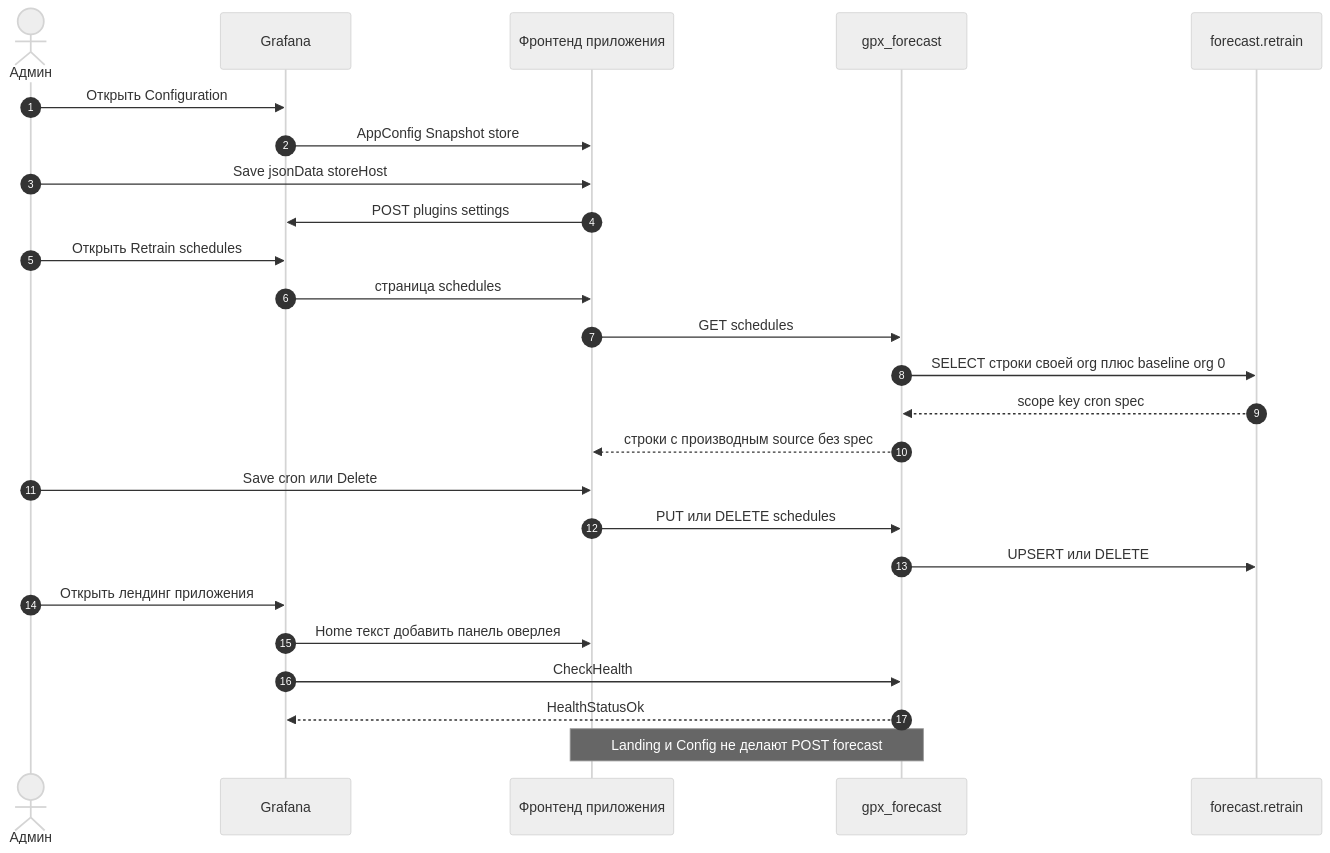
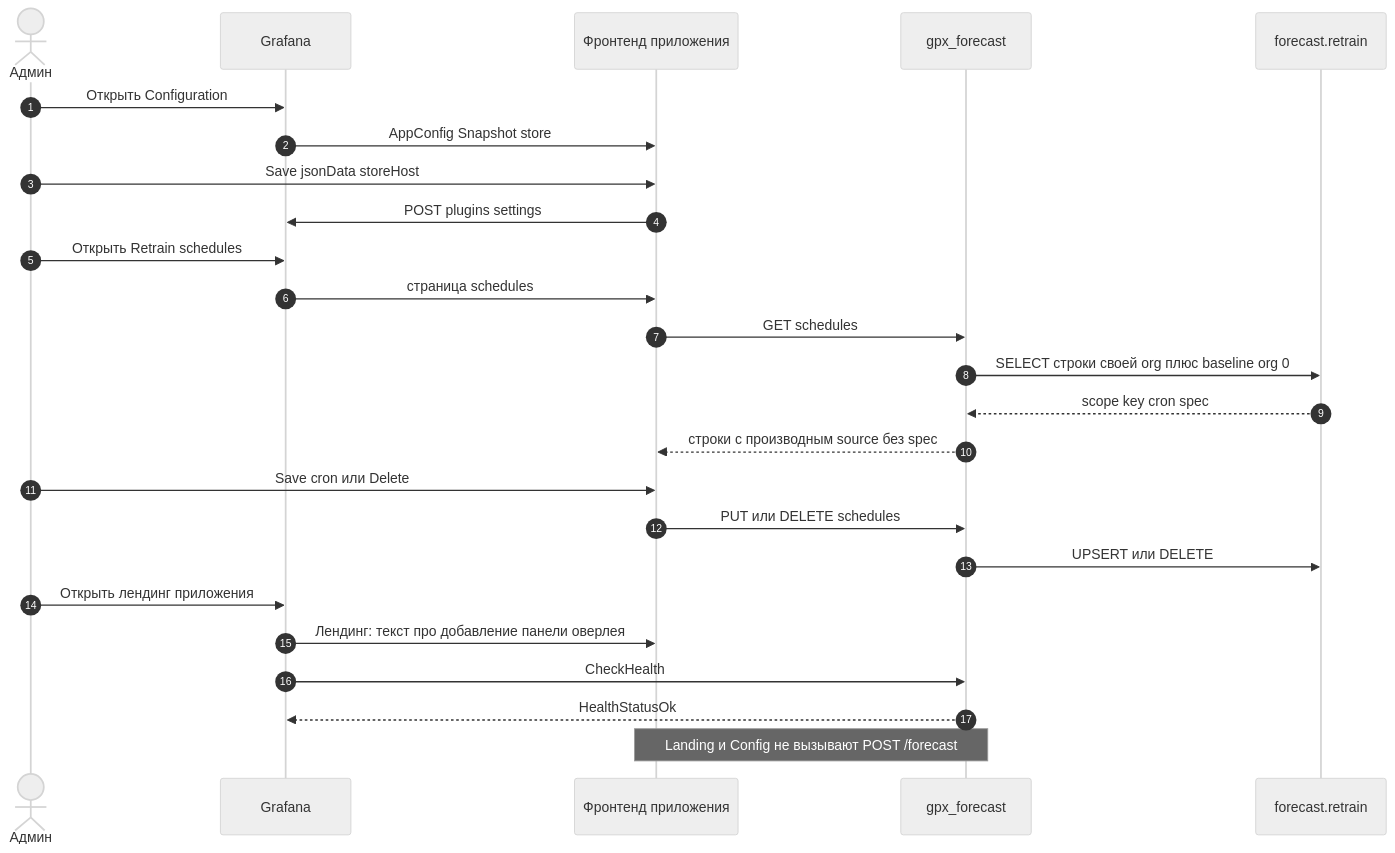
One commit to eduard-kolotushin/timeseries-grafana changed the diagram in diagrams/11-app-pages.md. Above: the diagram before and after it, drawn with Mermaid (neutral theme). The commit also changed other lines of this file and 14 other files, not shown here.

Commit message:
Update diagrams

````diff
--- a/diagrams/11-app-pages.md
+++ b/diagrams/11-app-pages.md
@@ -13,28 +13,28 @@
 ```mermaid
 sequenceDiagram
   autonumber
   actor Admin as Админ
   participant Grafana
   participant App as Фронтенд приложения
   participant BE as gpx_forecast
   participant PG as forecast.retrain
 
   Admin->>Grafana: Открыть Configuration
   Grafana->>App: AppConfig Snapshot store
   Admin->>App: Save jsonData storeHost
   App->>Grafana: POST plugins settings
   Admin->>Grafana: Открыть Retrain schedules
   Grafana->>App: страница schedules
   App->>BE: GET schedules
   BE->>PG: SELECT строки своей org плюс baseline org 0
   PG-->>BE: scope key cron spec
   BE-->>App: строки с производным source без spec
   Admin->>App: Save cron или Delete
   App->>BE: PUT или DELETE schedules
   BE->>PG: UPSERT или DELETE
   Admin->>Grafana: Открыть лендинг приложения
-  Grafana->>App: Home текст добавить панель оверлея
+  Grafana->>App: Лендинг: текст про добавление панели оверлея
   Grafana->>BE: CheckHealth
   BE-->>Grafana: HealthStatusOk
-  Note over App,BE: Landing и Config не делают POST forecast
+  Note over App,BE: Landing и Config не вызывают POST /forecast
 ```
````
